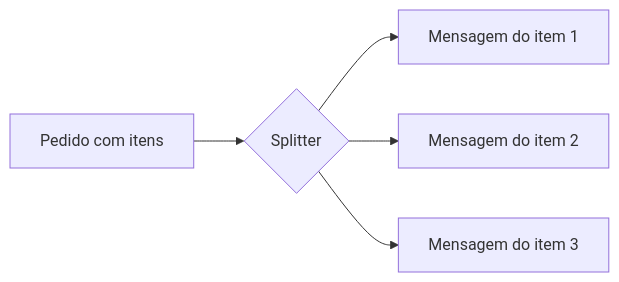
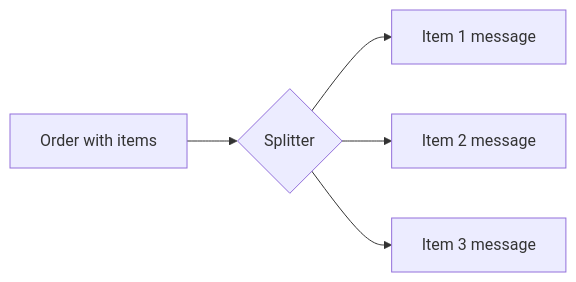
One commit to alancesar/design-patterns changed the diagram in docs/architecture/eip/message-routing/splitter.md. Above: the diagram before and after it, drawn with Mermaid. The commit also changed 258 other files, not shown here.

First line of the commit message:
Translate Mermaid diagrams to English

````diff
--- a/docs/architecture/eip/message-routing/splitter.md
+++ b/docs/architecture/eip/message-routing/splitter.md
@@ -52,7 +52,7 @@
 ```mermaid
 flowchart LR
-    M["Pedido com itens"] --> S{"Splitter"}
-    S --> I1["Mensagem do item 1"]
-    S --> I2["Mensagem do item 2"]
-    S --> I3["Mensagem do item 3"]
+    M["Order with items"] --> S{"Splitter"}
+    S --> I1["Item 1 message"]
+    S --> I2["Item 2 message"]
+    S --> I3["Item 3 message"]
 ```
````
